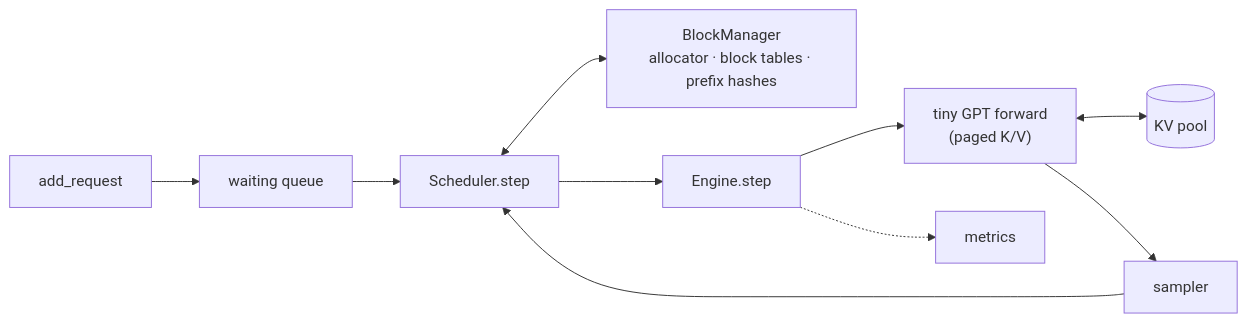
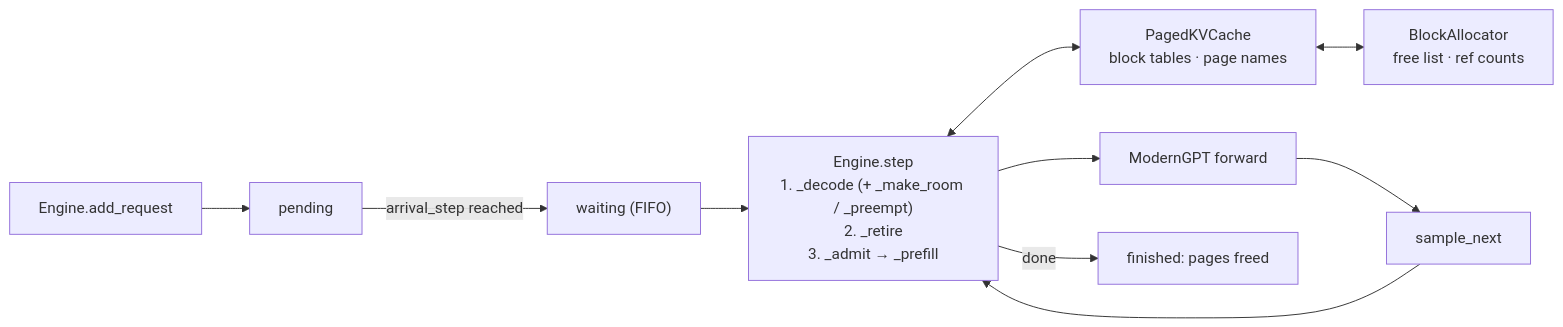
Before and after one commit to Analyst-Harsh/pico-vllm: the second of 4 diagrams in README.md, drawn with Mermaid. The commit also changed other lines of this file and 44 other files, not shown here.

````diff
--- a/README.md
+++ b/README.md
@@ -37,11 +84,12 @@
 ```mermaid
 flowchart LR
-  REQ["add_request"] --> WQ["waiting queue"]
-  WQ --> SCH["Scheduler.step"]
-  SCH <--> BM["BlockManager<br/>allocator · block tables · prefix hashes"]
-  SCH --> ENG["Engine.step"]
-  ENG --> GPT["tiny GPT forward<br/>(paged K/V)"]
-  GPT <--> KV[("KV pool")]
-  GPT --> SMP["sampler"] --> SCH
-  ENG -.-> MET["metrics"]
+  REQ["Engine.add_request"] --> PEND["pending"]
+  PEND -- "arrival_step reached" --> WQ["waiting (FIFO)"]
+  WQ --> STEP["Engine.step<br>1. _decode (+ _make_room / _preempt)<br>2. _retire<br>3. _admit → _prefill"]
+  STEP <--> PKV["PagedKVCache<br>block tables · page names"]
+  PKV <--> BA["BlockAllocator<br>free list · ref counts"]
+  STEP --> GPT["ModernGPT forward"]
+  GPT --> SMP["sample_next"]
+  SMP --> STEP
+  STEP -- "done" --> FIN["finished: pages freed"]
 ```
````
